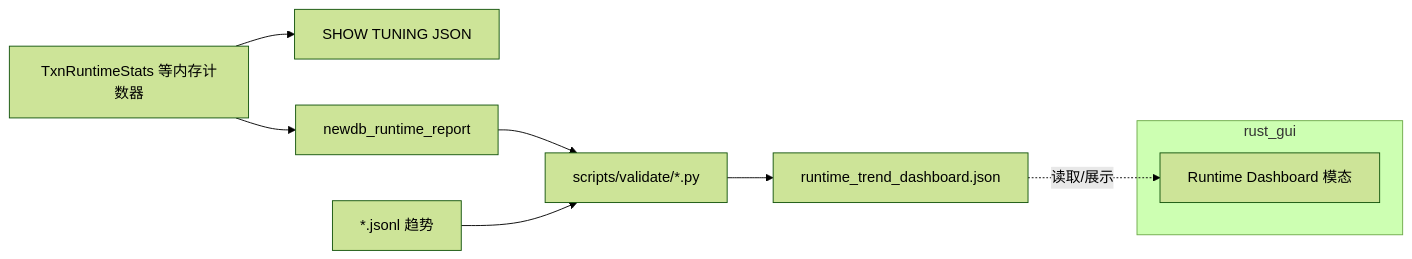
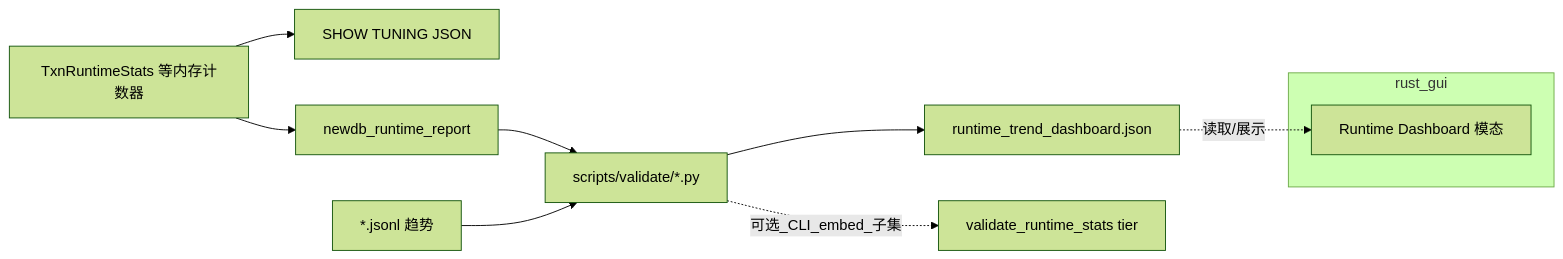
Before and after one commit to skyline019/database: the sixth of 14 diagrams in newdb/docs/architecture/PROJECT_DATAFLOW_WHOLE.md, drawn with Mermaid (forest theme). The commit also changed other lines of this file and 212 other files, not shown here.

````diff
--- a/newdb/docs/architecture/PROJECT_DATAFLOW_WHOLE.md
+++ b/newdb/docs/architecture/PROJECT_DATAFLOW_WHOLE.md
@@ -236,19 +289,20 @@
 ```mermaid
 flowchart LR
   RT[TxnRuntimeStats 等内存计数器]
   J1["SHOW TUNING JSON"]
   RPT[newdb_runtime_report]
   PY[scripts/validate/*.py]
   JL["*.jsonl 趋势"]
   DB["runtime_trend_dashboard.json"]
 
   RT --> J1
   RT --> RPT
   RPT --> PY
   JL --> PY
   PY --> DB
+  PY -.可选_CLI_embed_子集.-> TIER[validate_runtime_stats tier]
   subgraph gui2["rust_gui"]
     DASH[Runtime Dashboard 模态]
   end
   DB -.读取/展示.-> DASH
 ```
````
